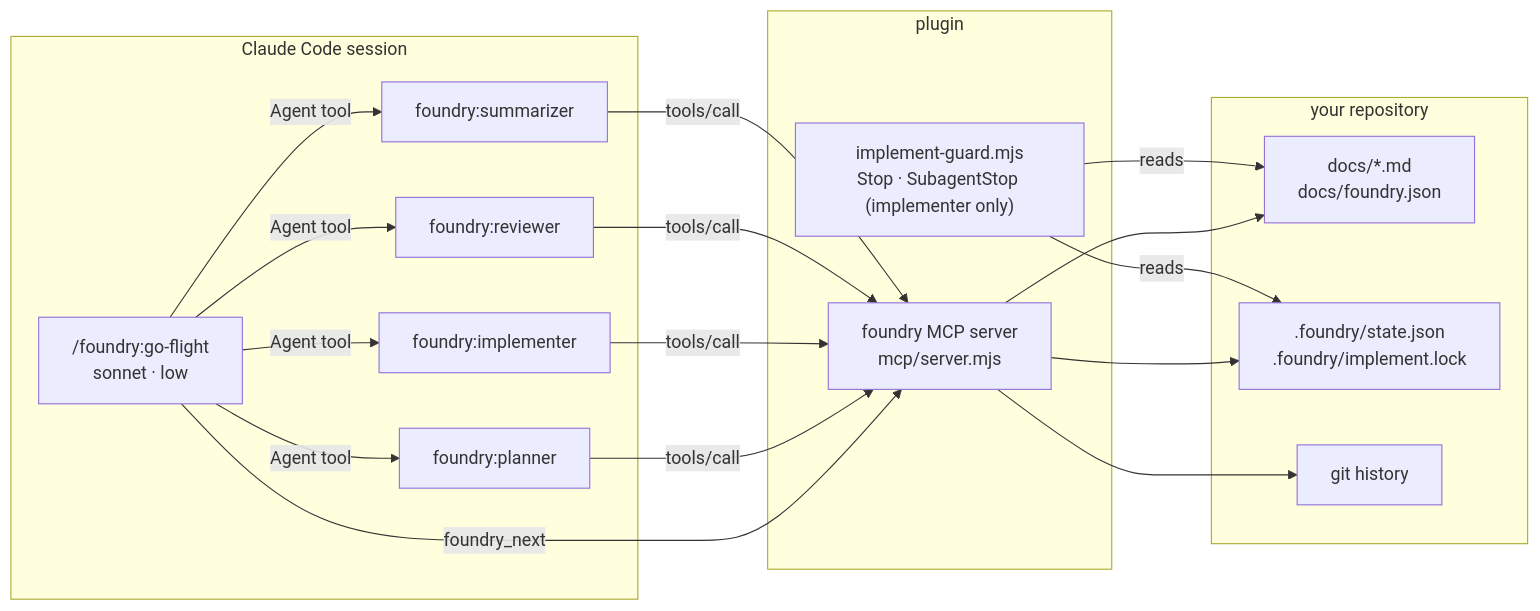
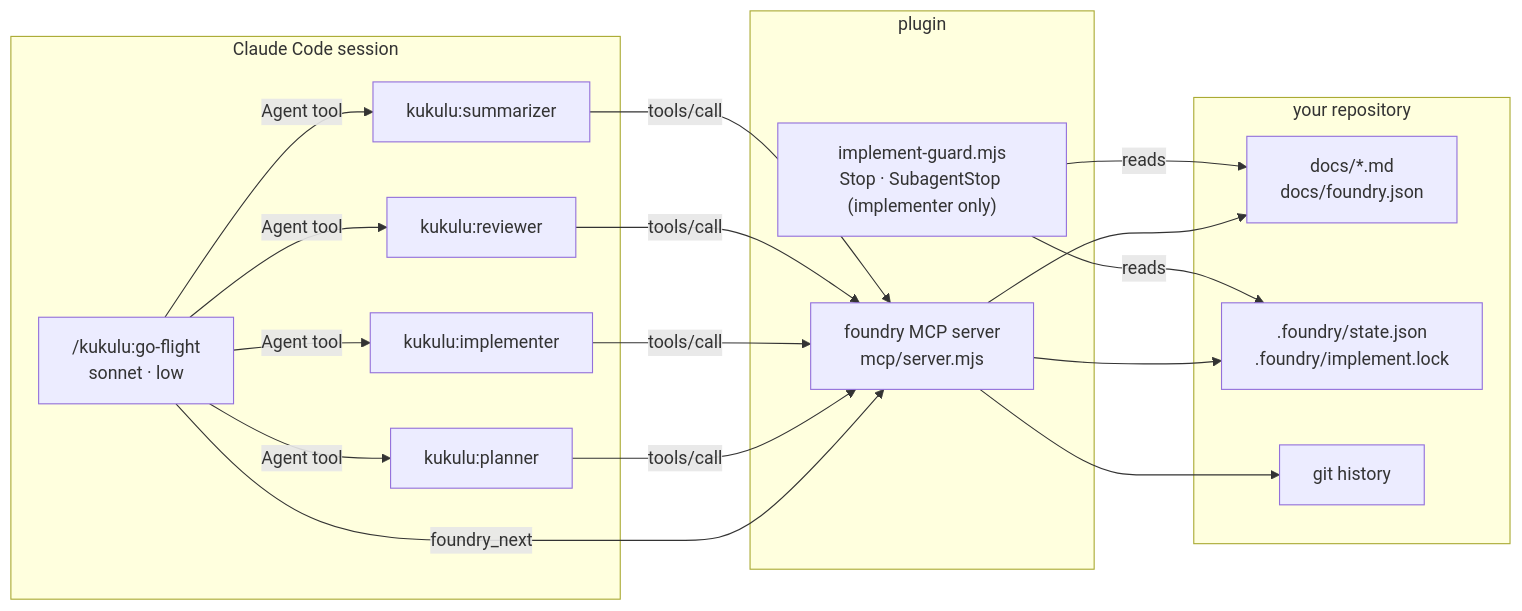
Before and after one commit to DisplaceTech/kukulu: the first of 4 diagrams in docs/architecture.md, drawn with Mermaid. The commit also changed other lines of this file and 26 other files, not shown here.

````diff
--- a/docs/architecture.md
+++ b/docs/architecture.md
@@ -12,30 +12,30 @@
 ```mermaid
 flowchart LR
     subgraph CC["Claude Code session"]
-        GF["/foundry:go-flight<br/>sonnet · low"]
-        A1["foundry:planner"]
-        A2["foundry:implementer"]
-        A3["foundry:reviewer"]
-        A4["foundry:summarizer"]
+        GF["/kukulu:go-flight<br/>sonnet · low"]
+        A1["kukulu:planner"]
+        A2["kukulu:implementer"]
+        A3["kukulu:reviewer"]
+        A4["kukulu:summarizer"]
     end
 
     subgraph PL["plugin"]
         MCP["foundry MCP server<br/>mcp/server.mjs"]
         HOOK["implement-guard.mjs<br/>Stop · SubagentStop (implementer only)"]
     end
 
     subgraph REPO["your repository"]
         DOCS["docs/*.md<br/>docs/foundry.json"]
         STATE[".foundry/state.json<br/>.foundry/implement.lock"]
         GIT["git history"]
     end
 
     GF -->|"Agent tool"| A1 & A2 & A3 & A4
     GF -->|"foundry_next"| MCP
     A1 & A2 & A3 & A4 -->|"tools/call"| MCP
     MCP --> DOCS
     MCP --> STATE
     MCP --> GIT
     HOOK -->|"reads"| STATE
     HOOK -->|"reads"| DOCS
 ```
````
